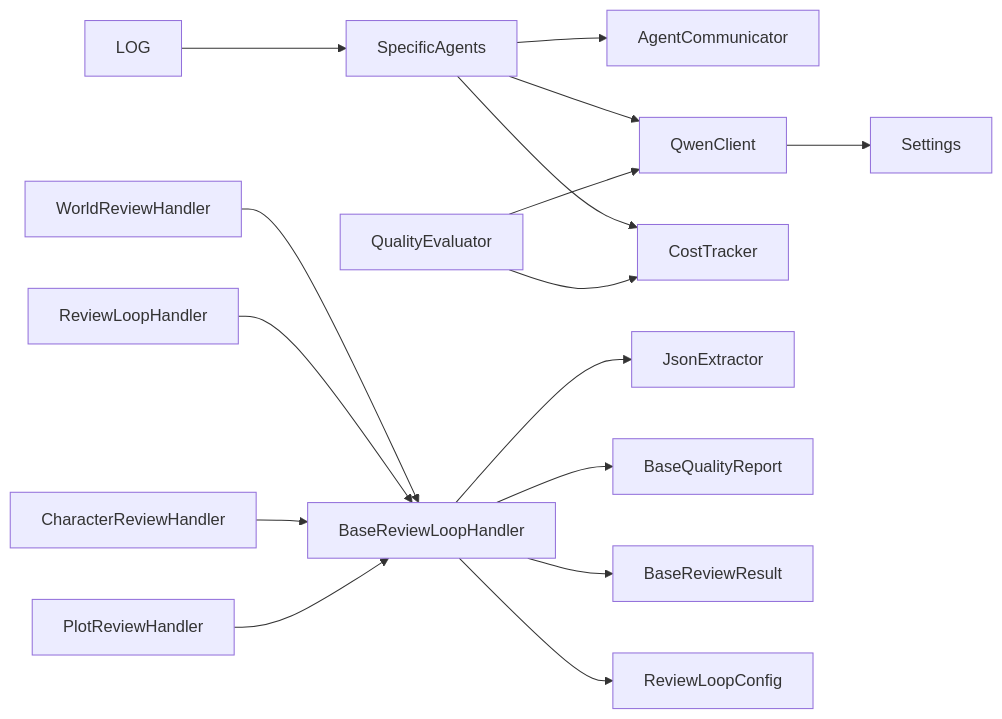
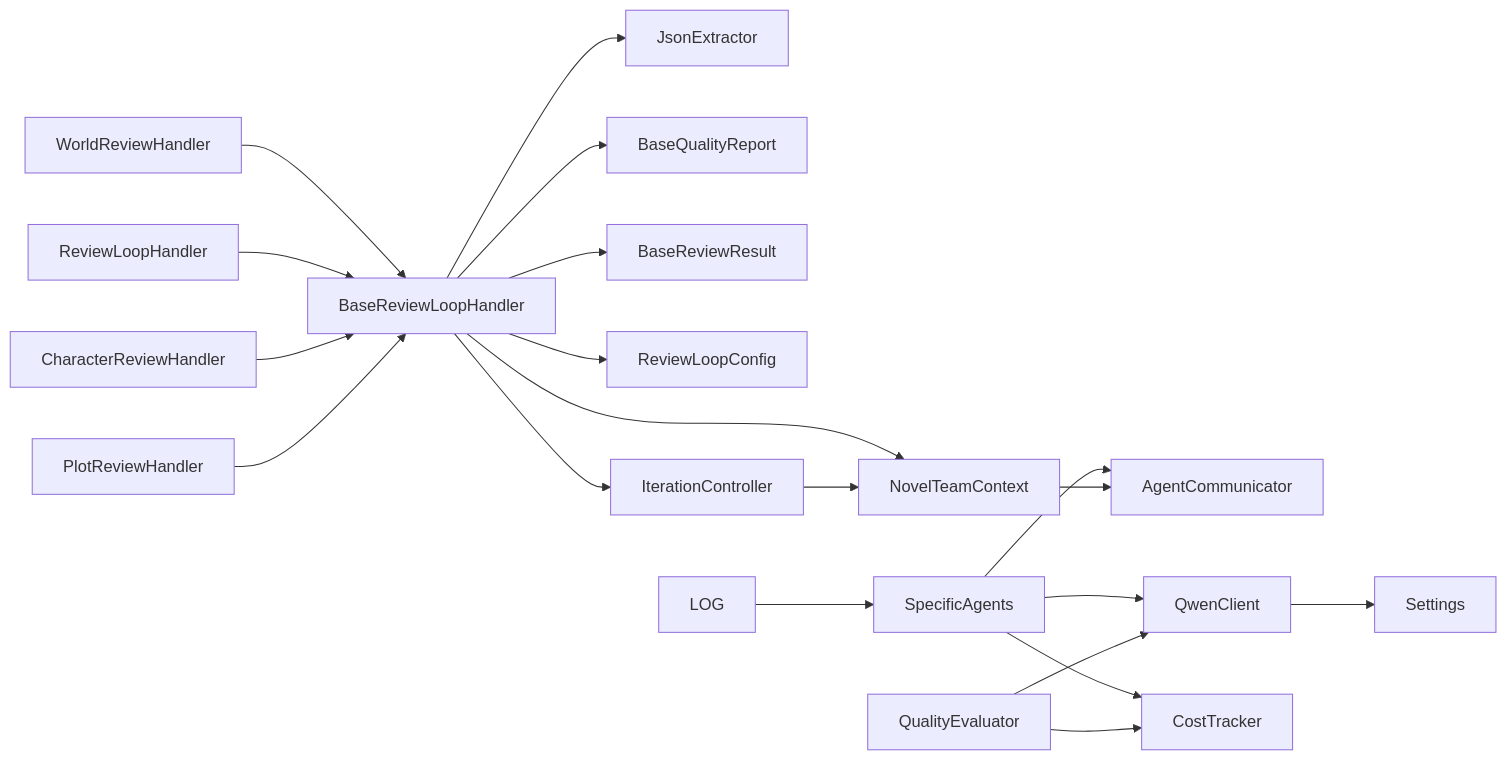
One commit to xfbyxq/ai-novel-system changed diagram 12 of 12 in .qoder/repowiki/zh/content/AI智能体系统/AI智能体系统.md. Above: the diagram before and after it, drawn with Mermaid. The commit also changed other lines of this file and 84 other files, not shown here.

````diff
--- a/.qoder/repowiki/zh/content/AI智能体系统/AI智能体系统.md
+++ b/.qoder/repowiki/zh/content/AI智能体系统/AI智能体系统.md
@@ -577,18 +815,22 @@
 ```mermaid
 graph LR
 SA["SpecificAgents"] --> AC["AgentCommunicator"]
 SA --> QC["QwenClient"]
 SA --> CT["CostTracker"]
 RLB["BaseReviewLoopHandler"] --> JX["JsonExtractor"]
 RLB --> QR["BaseQualityReport"]
 RLB --> RR["BaseReviewResult"]
 RLB --> RLC["ReviewLoopConfig"]
+RLB --> IC["IterationController"]
+RLB --> TC["NovelTeamContext"]
 WR["WorldReviewHandler"] --> RLB
 RL["ReviewLoopHandler"] --> RLB
 CR["CharacterReviewHandler"] --> RLB
 PR["PlotReviewHandler"] --> RLB
 QE["QualityEvaluator"] --> QC
 QE --> CT
+IC --> TC
+TC --> AC
 QC --> CFG["Settings"]
 LOG --> SA
 ```
````
